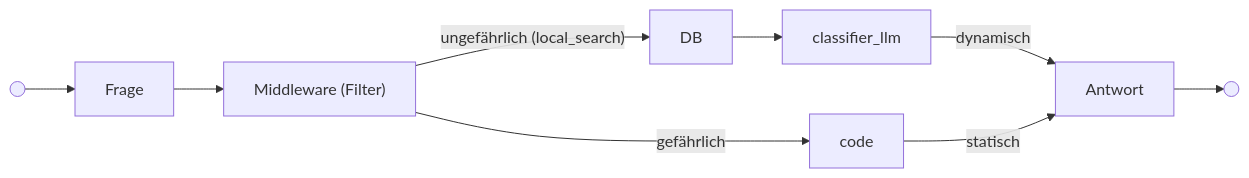
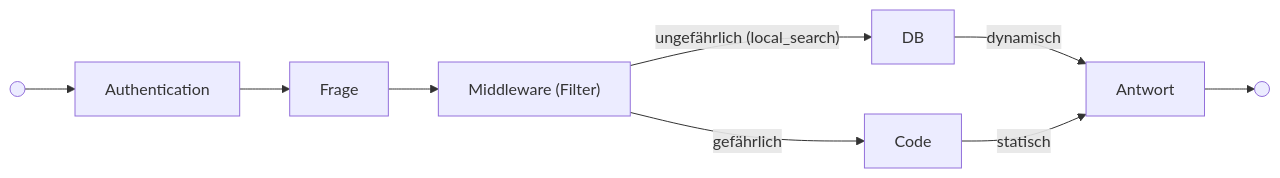
The third of 3 diagrams in presentation/slides.md (yott-dev/ny-hoc), drawn with Mermaid before and after one commit. The commit also changed other lines of this file and 2 other files, not shown here.

````diff
--- a/presentation/slides.md
+++ b/presentation/slides.md
@@ -223,12 +217,12 @@
 ```mermaid
+
 flowchart LR
-  S((" ")) --> FRAGE["Frage"]
+  S((" ")) --> AUTH["Authentication"]
+  AUTH --> FRAGE["Frage"]
   FRAGE --> FILTER["Middleware (Filter)"]
   FILTER --ungefährlich (local_search)--> DB
-  DB --> LLM["classifier_llm"]
-  LLM --dynamisch--> ANS["Antwort"]
-  FILTER --gefährlich--> COD["code"]
+  DB --dynamisch--> ANS["Antwort"]
+  FILTER --gefährlich--> COD["Code"]
   COD --statisch--> ANS["Antwort"]
-  ANS --> E((" ")) 
-
+  ANS --> E((" "))
 ```
````
